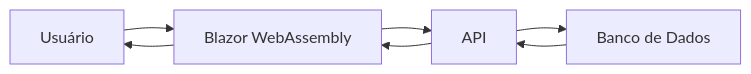
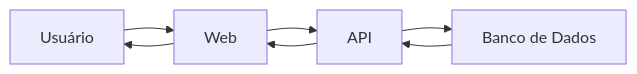
The first of 5 diagrams in README.md (gbLw1/MyCoreBanking), drawn with Mermaid before and after one commit. The commit also changed other lines of this file, not shown here.

````diff
--- a/README.md
+++ b/README.md
@@ -137,9 +149,9 @@
 ```mermaid
 graph LR
-    A[Usuário] --> B[Blazor WebAssembly]
+    A[Usuário] --> B[Web]
     B --> C[API]
     C --> D[Banco de Dados]
     D --> C
     C --> B
     B --> A
 ```
````
